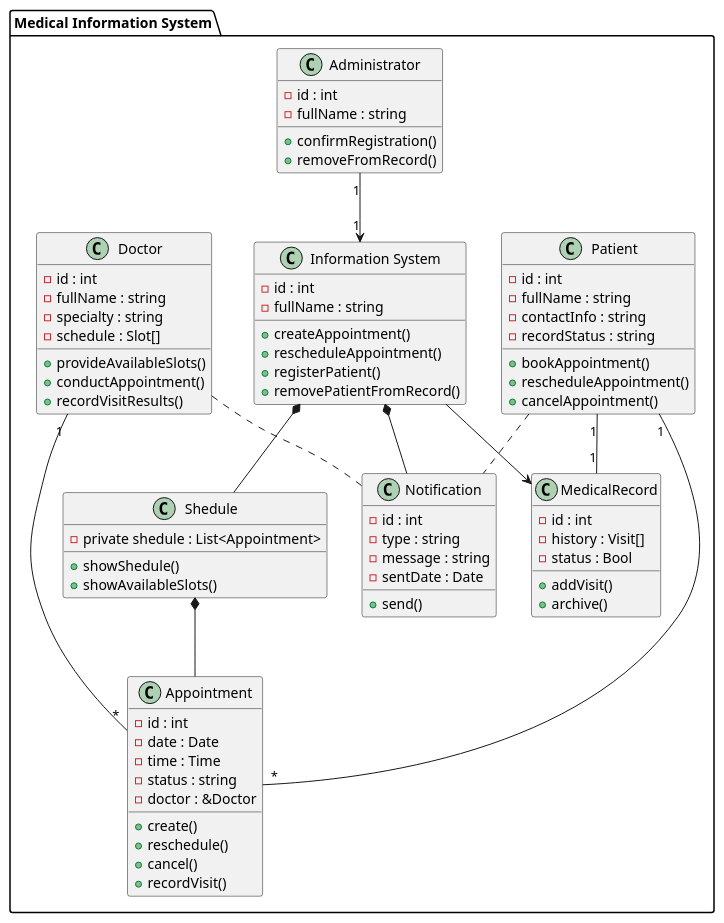
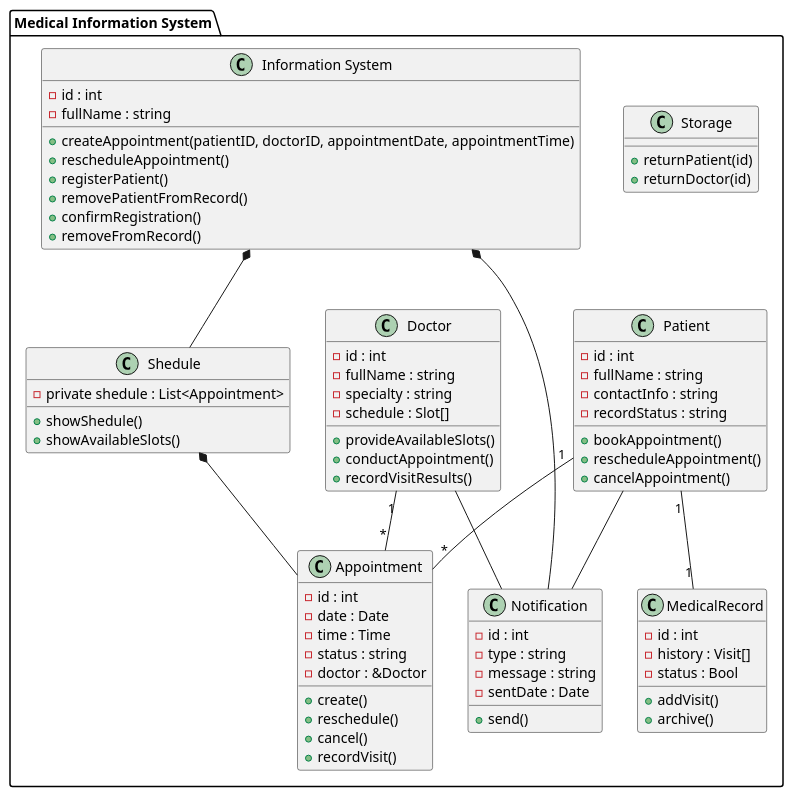
One commit to penamarth/bsbo-13-23_team3_var3_clinic changed the diagram in class_diagram.puml. Above: the diagram before and after it, drawn with PlantUML.

Commit message:
Update class_diagram.puml
big_update

```diff
--- a/class_diagram.puml
+++ b/class_diagram.puml
@@ -1,86 +1,84 @@
 @startuml
 package "Medical Information System" {
+
+class Storage {
+  + returnPatient(id)
+  + returnDoctor(id)
+}
+
 class Patient {
   - id : int
   - fullName : string
   - contactInfo : string
   - recordStatus : string
   + bookAppointment()
   + rescheduleAppointment()
   + cancelAppointment()
 }
 
 class "Information System" {
   - id : int
   - fullName : string
-  + createAppointment()
+  + createAppointment(patientID, doctorID, appointmentDate, appointmentTime)
   + rescheduleAppointment()
   + registerPatient()
   + removePatientFromRecord()
+  + confirmRegistration()
+  + removeFromRecord()
 }
 
 class Doctor {
   - id : int
   - fullName : string
   - specialty : string
   - schedule : Slot[]
   + provideAvailableSlots()
   + conductAppointment()
   + recordVisitResults()
-}
-
-class Administrator {
-  - id : int
-  - fullName : string
-  + confirmRegistration()
-  + removeFromRecord()
 }
 
 class Shedule {
   - private shedule : List<Appointment>
   + showShedule()
   + showAvailableSlots()
 }
 
 class Appointment {
   - id : int
   - date : Date
   - time : Time
   - status : string
   - doctor : &Doctor
   + create()
   + reschedule()
   + cancel()
   + recordVisit()
 }
 
 class MedicalRecord {
   - id : int
   - history : Visit[]
   - status : Bool
   + addVisit()
   + archive()
 }
 
 class Notification {
   - id : int
   - type : string
   - message : string
   - sentDate : Date
   + send()
 }
 
 Patient "1" -- "1" MedicalRecord
 Patient "1" -- "*" Appointment
-Patient .. Notification
-Doctor .. Notification
+Patient -- Notification
+Doctor -- Notification
 Doctor "1" -- "*" Appointment
 
-Administrator "1" --> "1" "Information System"
-
-"Information System" --> MedicalRecord
 "Information System" *-- Shedule
 "Information System" *-- Notification
 Shedule *-- Appointment
 }
 @enduml
```
